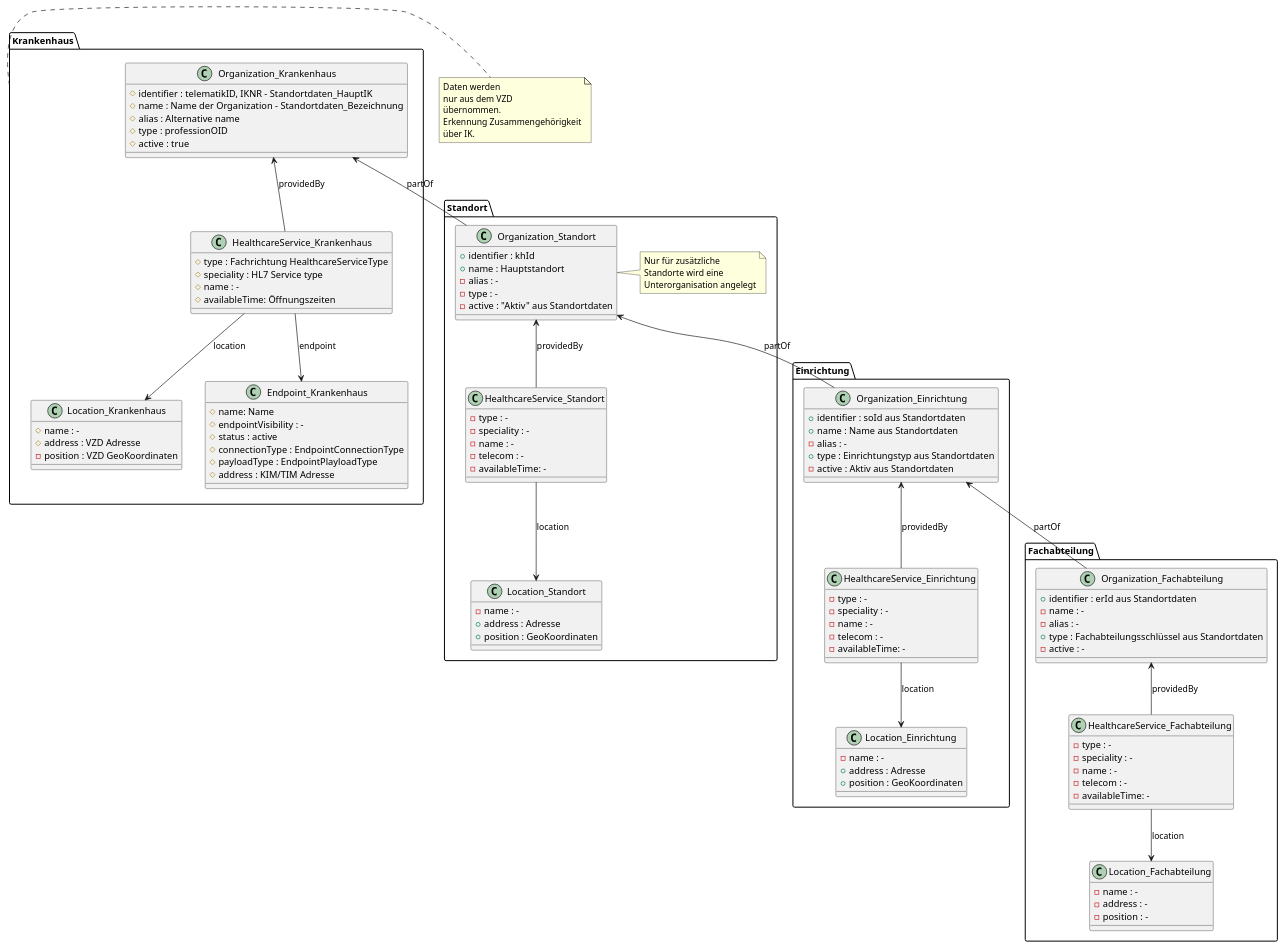
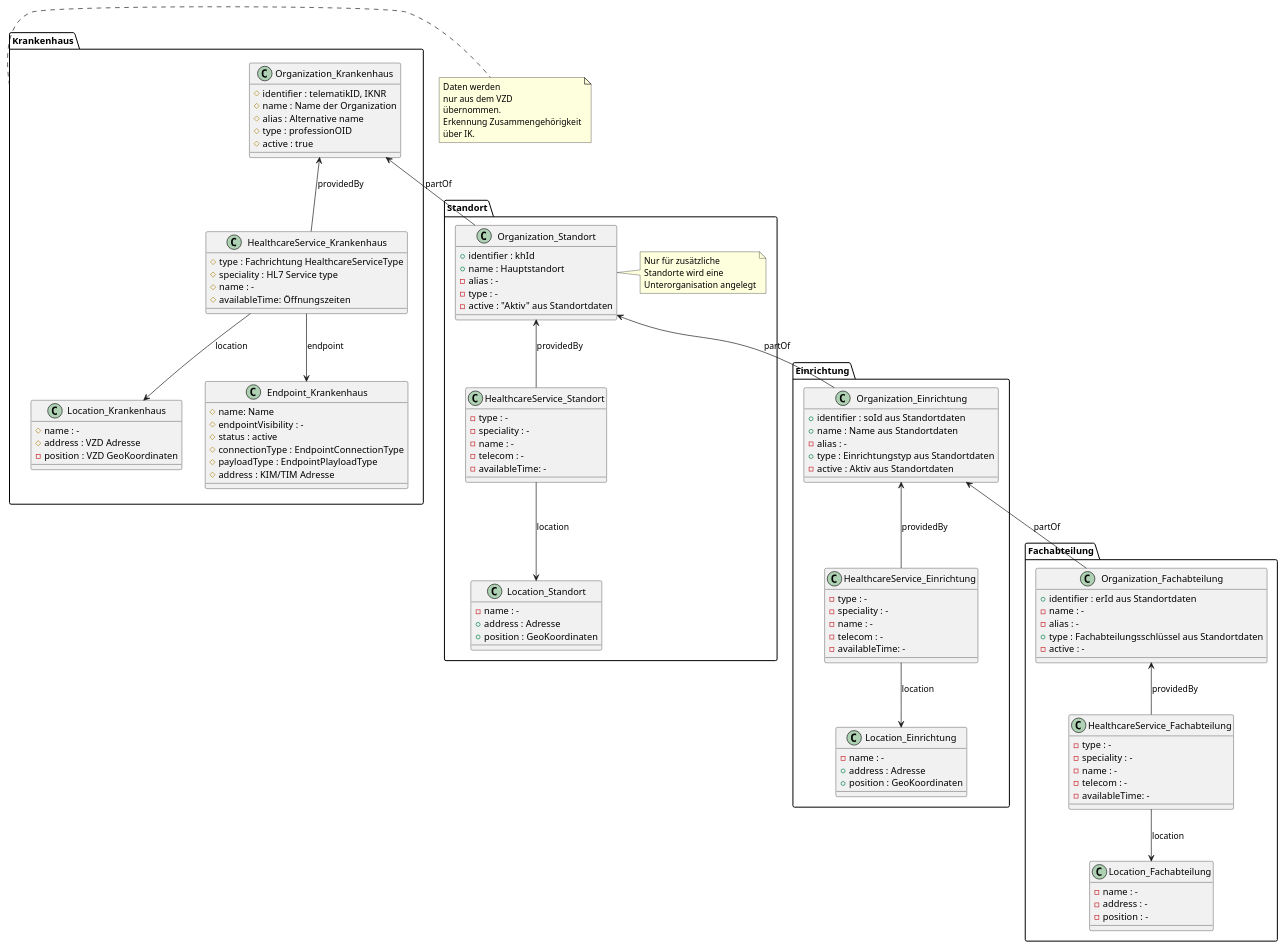
One commit to gematik/api-vzd changed the diagram in src/plantuml/OrgStruct/Standortverzeichnis.puml. Above: the diagram before and after it, drawn with PlantUML.

```diff
--- a/src/plantuml/OrgStruct/Standortverzeichnis.puml
+++ b/src/plantuml/OrgStruct/Standortverzeichnis.puml
@@ -1,162 +1,162 @@
 @startuml
 
 package "Krankenhaus" {
   
 class Organization_Krankenhaus {
-#identifier : telematikID, IKNR - Standortdaten_HauptIK
-#name : Name der Organization - Standortdaten_Bezeichnung
+#identifier : telematikID, IKNR 
+#name : Name der Organization 
 #alias : Alternative name
 #type : professionOID
 #active : true
 }
 
 
 
 class HealthcareService_Krankenhaus {
 #type : Fachrichtung HealthcareServiceType
 #speciality : HL7 Service type
 #name : -
 #availableTime: Öffnungszeiten
 }
 
 Organization_Krankenhaus <-- HealthcareService_Krankenhaus : providedBy
 HealthcareService_Krankenhaus --> Location_Krankenhaus : location
 HealthcareService_Krankenhaus --> Endpoint_Krankenhaus : endpoint
 
 
 class Location_Krankenhaus {
 #name : -
 #address : VZD Adresse 
 -position : VZD GeoKoordinaten
 }
 
 
 class Endpoint_Krankenhaus {
 #name: Name
 #endpointVisibility : -
 #status : active
 #connectionType : EndpointConnectionType
 #payloadType : EndpointPlayloadType
 #address : KIM/TIM Adresse
 }
 
 }
 
 note right of Krankenhaus 
    Daten werden
    nur aus dem VZD
    übernommen.
    Erkennung Zusammengehörigkeit
    über IK.
 end note   
 
 package "Standort" {
 
 class Organization_Standort {
 +identifier : khId
 +name : Hauptstandort
 -alias : -
 -type : -
 -active : "Aktiv" aus Standortdaten
 }
 note right of Organization_Standort 
    Nur für zusätzliche
    Standorte wird eine
    Unterorganisation angelegt
 end note 
 
 Organization_Krankenhaus <-- Organization_Standort : "partOf"
 HealthcareService_Krankenhaus -[hidden]right-> Organization_Standort
 
 class HealthcareService_Standort {
 -type : -
 -speciality : -
 -name : -
 -telecom : -
 -availableTime: -
 }
 
 HealthcareService_Standort --> Location_Standort : location
 Organization_Standort <-- HealthcareService_Standort : providedBy
 
 
 
 class Location_Standort {
 -name : -
 +address : Adresse
 +position : GeoKoordinaten
 }
 
 }
 
 package "Einrichtung" {
 
 class Organization_Einrichtung {
 +identifier : soId aus Standortdaten
 +name : Name aus Standortdaten
 -alias : -
 +type : Einrichtungstyp aus Standortdaten
 -active : Aktiv aus Standortdaten
 }
 
 
 Organization_Standort <-- Organization_Einrichtung : "partOf"
 
 class HealthcareService_Einrichtung {
 -type : -
 -speciality : -
 -name : -
 -telecom : -
 -availableTime: -
 }
 
 HealthcareService_Einrichtung --> Location_Einrichtung : location
 Organization_Einrichtung <-- HealthcareService_Einrichtung : providedBy
 
 
 
 class Location_Einrichtung {
 -name : -
 +address : Adresse
 +position : GeoKoordinaten
 }
 
 }
 
 
 package "Fachabteilung" {
 
 
 class Organization_Fachabteilung {
 +identifier : erId aus Standortdaten
 -name : -
 -alias : -
 +type : Fachabteilungsschlüssel aus Standortdaten
 -active : -
 }
 
 
 Organization_Einrichtung <-- Organization_Fachabteilung : "partOf"
 
 class HealthcareService_Fachabteilung {
 -type : -
 -speciality : -
 -name : -
 -telecom : -
 -availableTime: -
 }
 
 HealthcareService_Fachabteilung --> Location_Fachabteilung : location
 Organization_Fachabteilung <-- HealthcareService_Fachabteilung : providedBy
 
 
 class Location_Fachabteilung {
 -name : -
 -address : -
 -position : -
 }
 
 }
 
 
 @enduml
```
